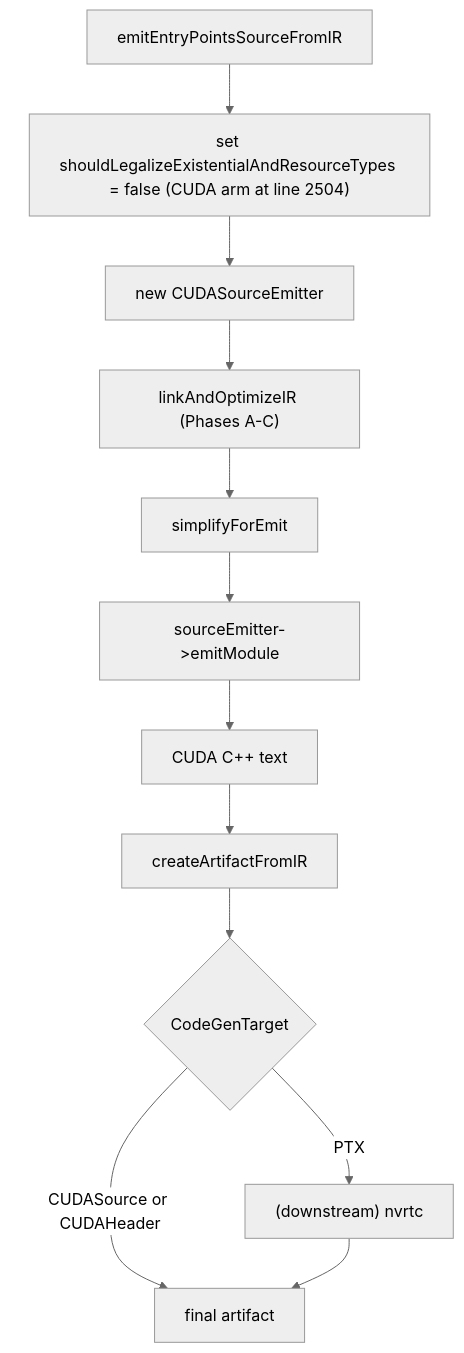
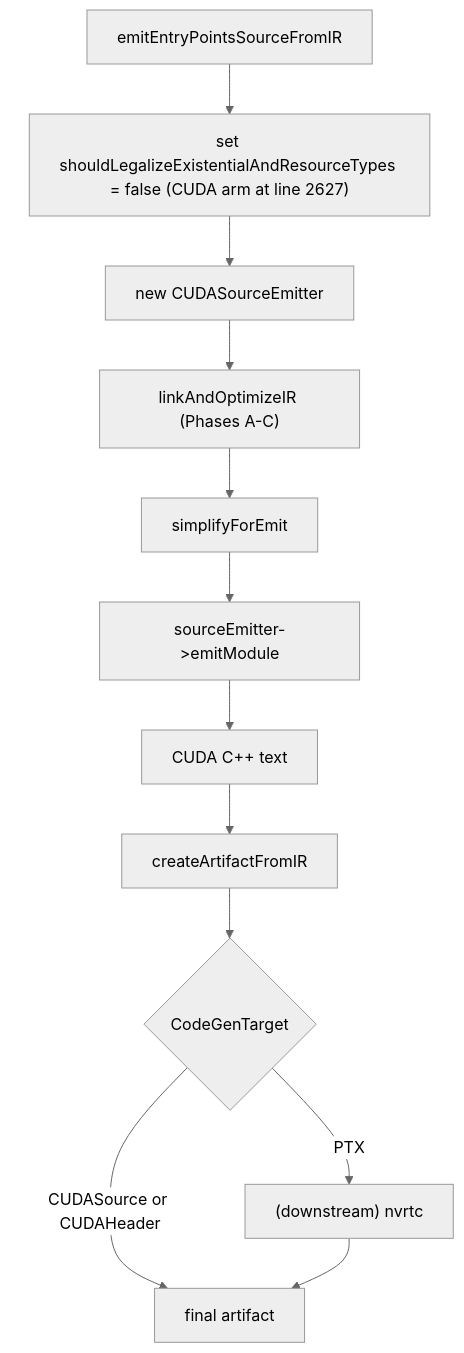
The fifth of 5 diagrams in docs/generated/design/target-pipelines/cuda.md (shader-slang/slang), drawn with Mermaid (neutral theme) before and after one commit. The commit also changed other lines of this file and 47 other files, not shown here.

````diff
--- a/docs/generated/design/target-pipelines/cuda.md
+++ b/docs/generated/design/target-pipelines/cuda.md
@@ -507,18 +507,18 @@
 ```mermaid
 flowchart TD
   ent[emitEntryPointsSourceFromIR]
-  setFlag["set shouldLegalizeExistentialAndResourceTypes = false (CUDA arm at line 2504)"]
+  setFlag["set shouldLegalizeExistentialAndResourceTypes = false (CUDA arm at line 2627)"]
   newEmit[new CUDASourceEmitter]
   linkOpt2["linkAndOptimizeIR (Phases A-C)"]
   simpForEmit[simplifyForEmit]
   emitModule[sourceEmitter->emitModule]
   textOut[CUDA C++ text]
   artifact[createArtifactFromIR]
   selectTarget{CodeGenTarget}
   nvrtc["(downstream) nvrtc"]
   done[final artifact]
 
   ent --> setFlag --> newEmit --> linkOpt2 --> simpForEmit --> emitModule --> textOut --> artifact --> selectTarget
   selectTarget -->|"CUDASource or CUDAHeader"| done
   selectTarget -->|PTX| nvrtc --> done
 ```
````
